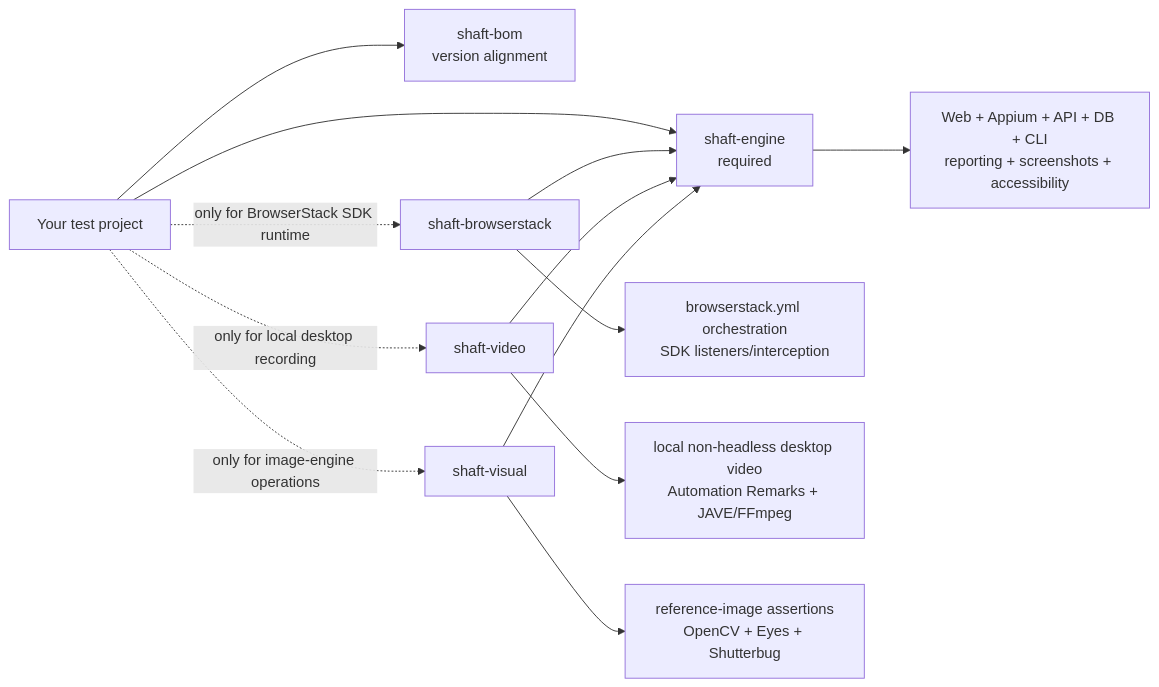
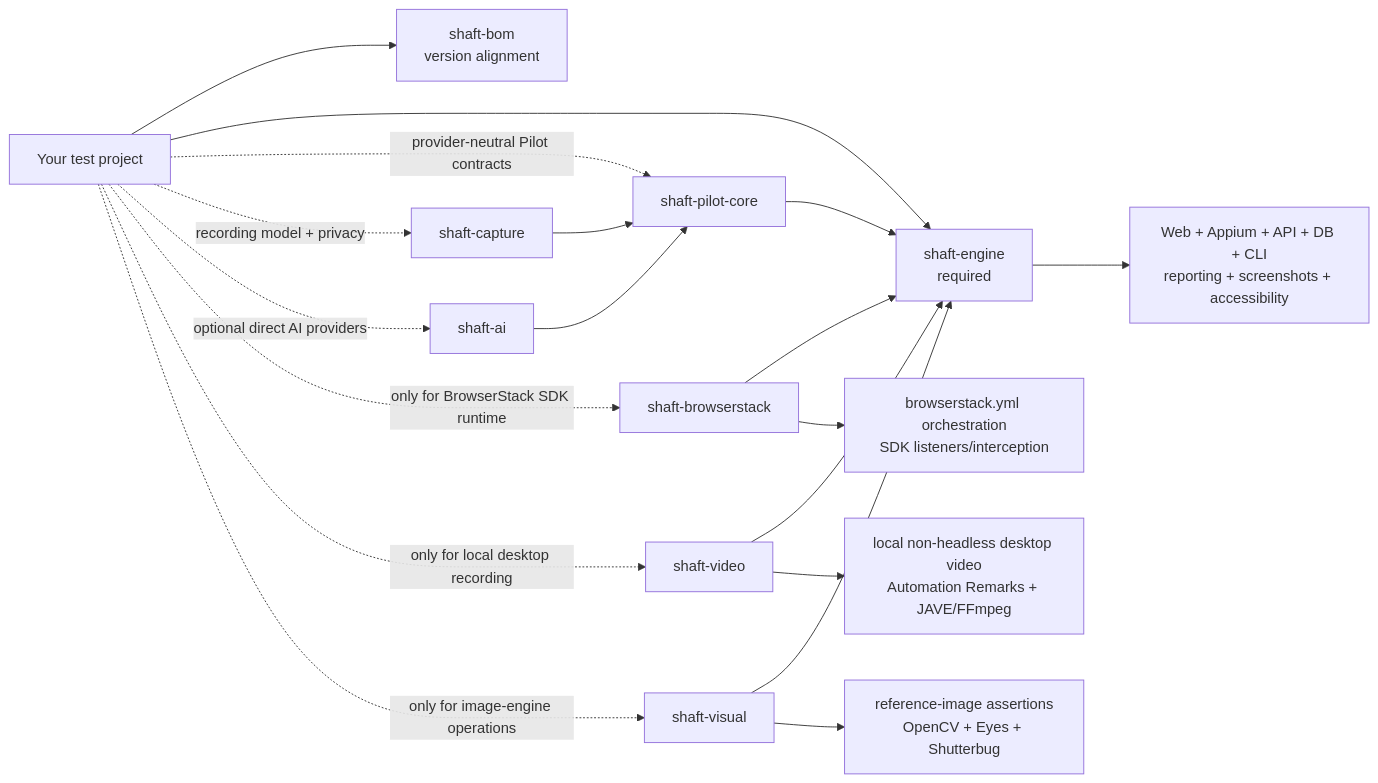
The fourth of 4 diagrams in docs/UPGRADING_TO_MODULAR_SHAFT.md (ShaftHQ/SHAFT_ENGINE), drawn with Mermaid before and after one commit. The commit also changed other lines of this file and 56 other files, not shown here.

First line of the commit message:
[codex] Add deterministic SHAFT Capture recording model (#2868)

````diff
--- a/docs/UPGRADING_TO_MODULAR_SHAFT.md
+++ b/docs/UPGRADING_TO_MODULAR_SHAFT.md
@@ -411,17 +411,23 @@
 ```mermaid
 flowchart LR
     Project["Your test project"] --> BOM["shaft-bom<br/>version alignment"]
     Project --> Engine["shaft-engine<br/>required"]
+    Project -.->|"provider-neutral Pilot contracts"| PilotCore["shaft-pilot-core"]
+    Project -.->|"recording model + privacy"| Capture["shaft-capture"]
+    Project -.->|"optional direct AI providers"| AI["shaft-ai"]
     Project -.->|"only for BrowserStack SDK runtime"| BrowserStack["shaft-browserstack"]
     Project -.->|"only for local desktop recording"| Video["shaft-video"]
     Project -.->|"only for image-engine operations"| Visual["shaft-visual"]
 
     BrowserStack --> Engine
     Video --> Engine
     Visual --> Engine
+    PilotCore --> Engine
+    Capture --> PilotCore
+    AI --> PilotCore
 
     Engine --> Core["Web + Appium + API + DB + CLI<br/>reporting + screenshots + accessibility"]
     BrowserStack --> SDK["browserstack.yml orchestration<br/>SDK listeners/interception"]
     Video --> Desktop["local non-headless desktop video<br/>Automation Remarks + JAVE/FFmpeg"]
     Visual --> CV["reference-image assertions<br/>OpenCV + Eyes + Shutterbug"]
 ```
````
